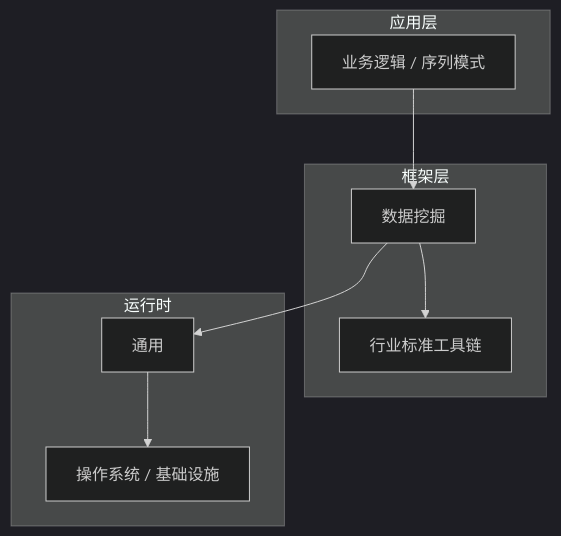
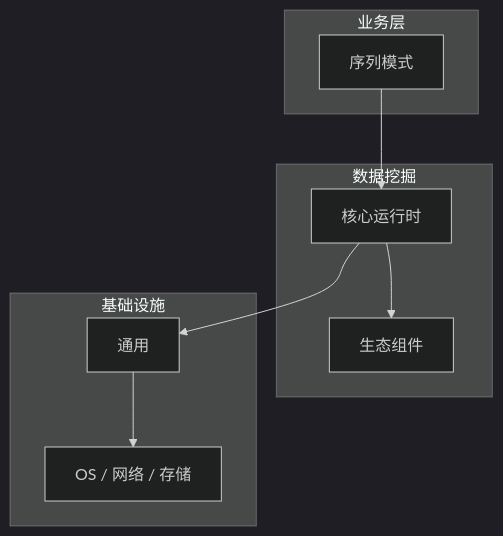
The diagram in articles/数据挖掘/chapters/055-序列模式核心概念与原理.md (yanggan2015/knowledge-json-v2), drawn with Mermaid (dark theme) before and after one commit. The commit also changed other lines of this file and 10127 other files, not shown here.

````diff
--- a/articles/数据挖掘/chapters/055-序列模式核心概念与原理.md
+++ b/articles/数据挖掘/chapters/055-序列模式核心概念与原理.md
@@ -45,18 +30,18 @@
 ```mermaid
 graph TB
-    subgraph 应用层
-        A[业务逻辑 / 序列模式]
+    subgraph 业务层
+        A[序列模式]
     end
-    subgraph 框架层
-        B[数据挖掘]
-        C[行业标准工具链]
+    subgraph 数据挖掘
+        B[核心运行时]
+        C[生态组件]
     end
-    subgraph 运行时
+    subgraph 基础设施
         D[通用]
-        E[操作系统 / 基础设施]
+        E[OS / 网络 / 存储]
     end
     A --> B
     B --> C
     B --> D
     D --> E
 ```
````
